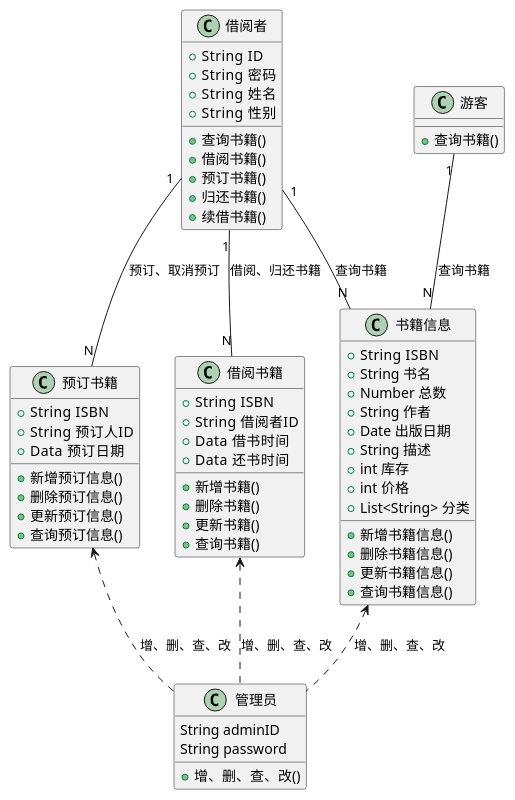
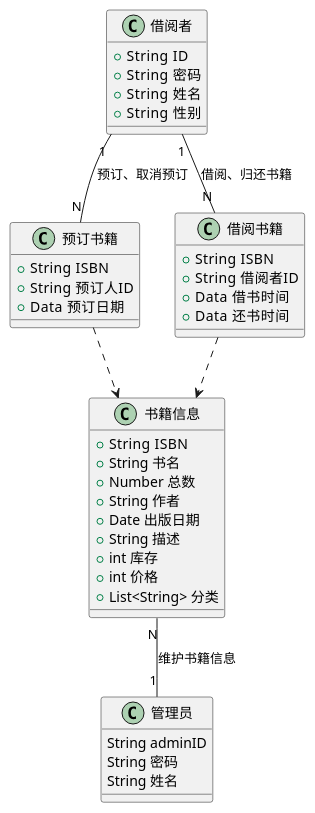
The diagram in test3/library.wsd (wenyuntian/is_analysis), drawn with PlantUML before and after one commit. The commit also changed 14 other files, not shown here.

```diff
--- a/test3/library.wsd
+++ b/test3/library.wsd
@@ -1,64 +1,44 @@
 @startuml
 class 预订书籍{
     +String  ISBN
     +String  预订人ID
     +Data  预订日期
-    +新增预订信息()
-    +删除预订信息()
-    +更新预订信息()
-    +查询预订信息()
 }
 class 借阅书籍{
     +String  ISBN
     +String  借阅者ID
     +Data  借书时间
     +Data  还书时间
-    +新增书籍()
-    +删除书籍()
-    +更新书籍()
-    +查询书籍()
 }
 
 class 借阅者{
     +String  ID
     +String  密码
     +String  姓名
     +String  性别
-    +查询书籍()
-    +借阅书籍()
-    +预订书籍()
-    +归还书籍()
-    +续借书籍()
 }
-class 游客{
-    +查询书籍()
-}
+
 class 书籍信息{
     +String  ISBN
     +String 书名
     +Number 总数
     +String 作者
     +Date 出版日期
     +String 描述
     +int 库存
     +int 价格
     +List<String> 分类
-    +新增书籍信息()
-    +删除书籍信息()
-    +更新书籍信息()
-    +查询书籍信息()
 }
 class 管理员{
     String adminID
-    String password
-    +增、删、查、改()
+    String 密码
+    String 姓名
 }
 
-游客"1" -- "N"书籍信息:查询书籍
-借阅者"1" -- "N"书籍信息:查询书籍
+
 借阅者"1" -- "N"预订书籍:预订、取消预订
 借阅者"1" -- "N"借阅书籍:借阅、归还书籍
-书籍信息 <.. 管理员:增、删、查、改
-预订书籍 <.. 管理员:增、删、查、改
-借阅书籍  <.. 管理员:增、删、查、改
+预订书籍 ..> 书籍信息
+借阅书籍 ..> 书籍信息
+书籍信息"N" -- "1"管理员:维护书籍信息
 @enduml
```
